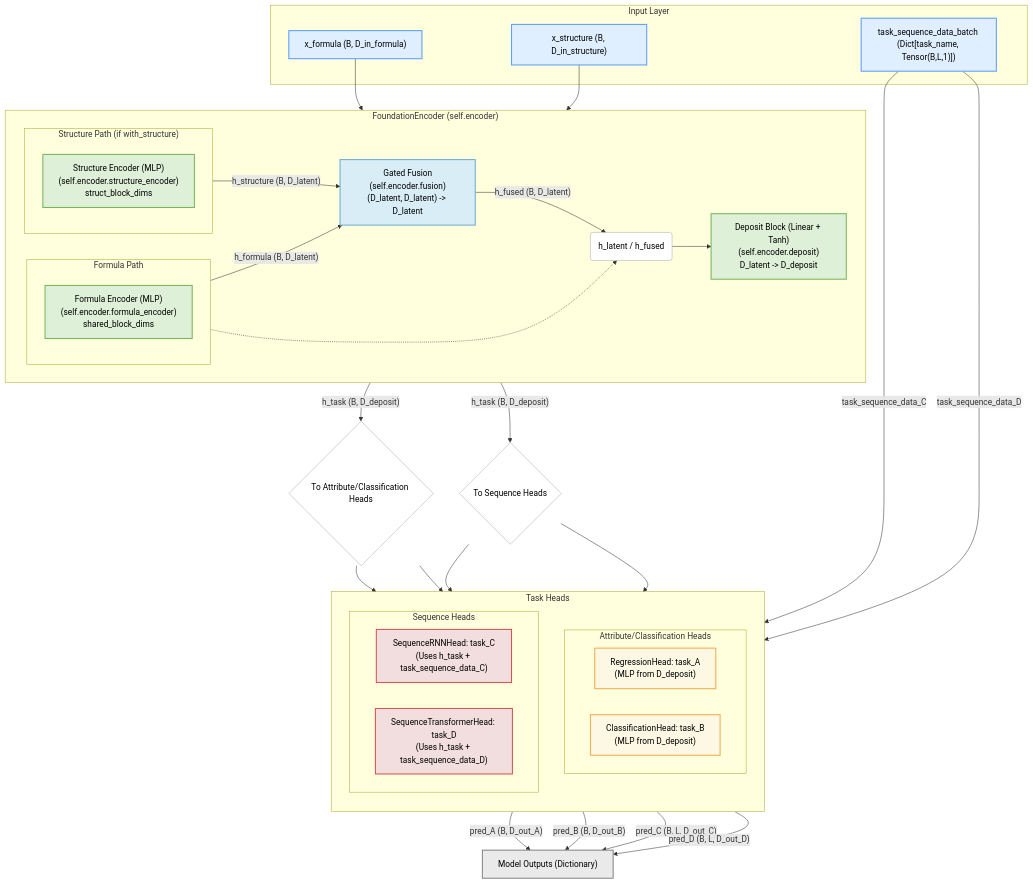
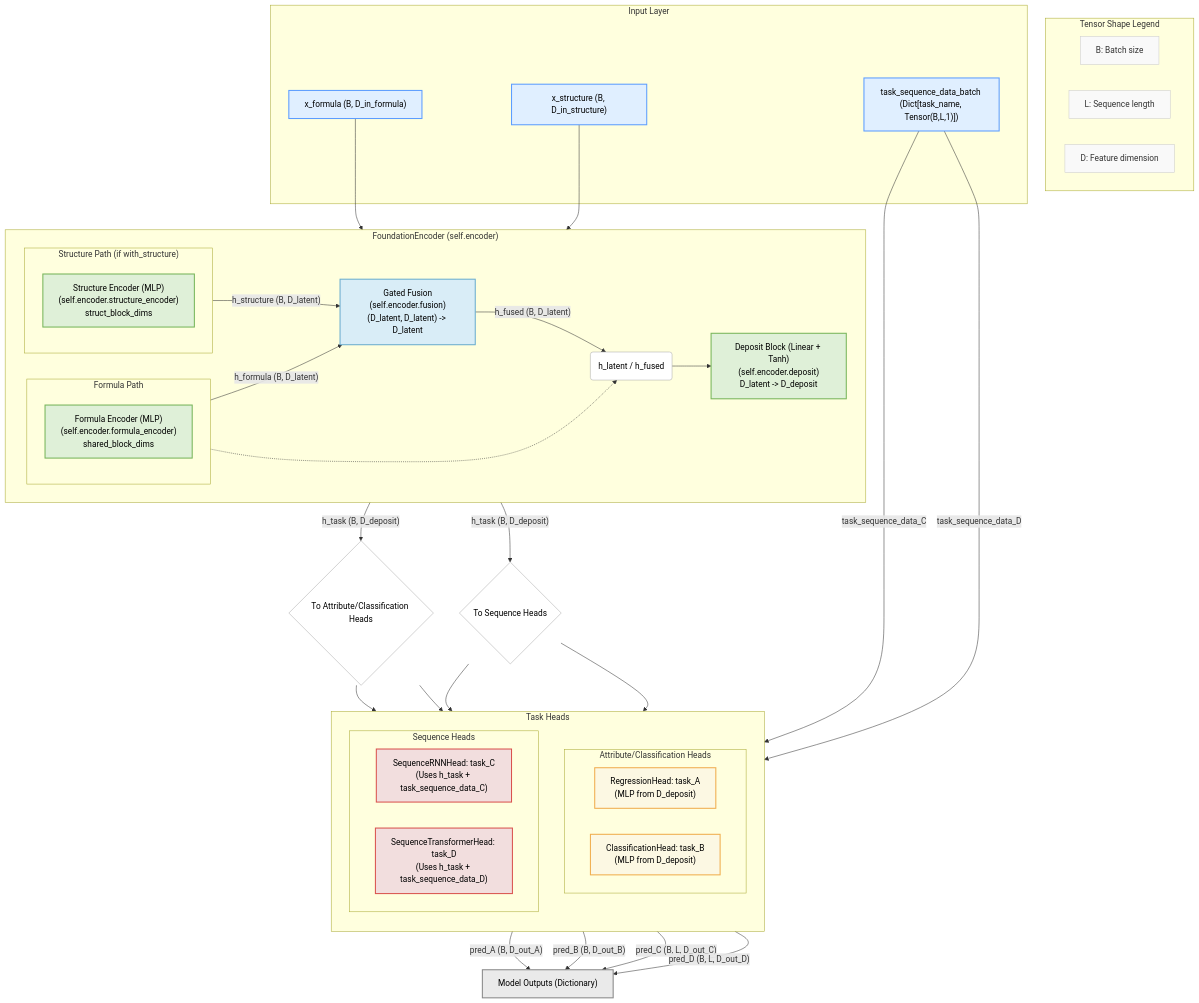
The diagram in ARCHITECTURE.md (TsumiNa/foundation_model), drawn with Mermaid before and after one commit.

Commit message:
refactor: enhance architecture diagram with tensor shape legend for clarity

````diff
--- a/ARCHITECTURE.md
+++ b/ARCHITECTURE.md
@@ -9,5 +9,12 @@
 ```mermaid
 graph TD
+    subgraph Legend["Tensor Shape Legend"]
+        direction LR
+        Legend_B["B: Batch size"]
+        Legend_L["L: Sequence length"]
+        Legend_D["D: Feature dimension"]
+    end
+
     subgraph InputLayer["Input Layer"]
         X_formula["x_formula (B, D_in_formula)"]
         X_structure["x_structure (B, D_in_structure)"]
@@ -76,7 +83,9 @@
     classDef output fill:#EAEAEA,stroke:#888888,stroke-width:2px,color:#000000;
     classDef junction fill:#FFFFFF,stroke:#AAAAAA,stroke-width:1px,color:#000000,shape:circle;
     classDef point fill:#FFFFFF,stroke:#AAAAAA,stroke-width:1px,color:#000000,shape:point;
+    classDef legend_style fill:#f9f9f9,stroke:#ccc,stroke-width:1px,color:#333;
 
+    class Legend_B,Legend_L,Legend_D legend_style;
     class X_formula,X_structure,Task_Sequence_Data_Batch input;
     class F_Encoder,S_Encoder,DepositBlock foundation;
     class Fusion fusion;
````
